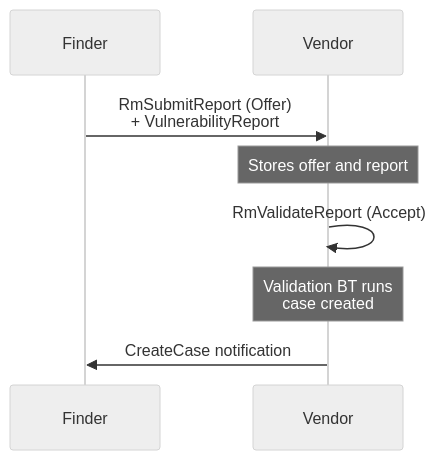
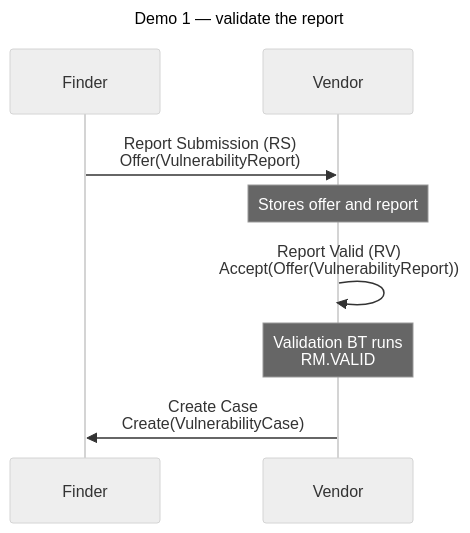
Before and after one commit to CERTCC/Vultron: the first of 3 diagrams in docs/tutorials/receive_report_demo.md, drawn with Mermaid (neutral theme). The commit also changed other lines of this file and 24 other files, not shown here.

````diff
--- a/docs/tutorials/receive_report_demo.md
+++ b/docs/tutorials/receive_report_demo.md
@@ -126,11 +123,14 @@
 ```mermaid
+---
+title: Demo 1 — validate the report
+---
 sequenceDiagram
     participant F as Finder
     participant V as Vendor
 
-    F->>V: RmSubmitReport (Offer)<br/>+ VulnerabilityReport
+    F->>V: Report Submission (RS)<br/>Offer(VulnerabilityReport)
     Note over V: Stores offer and report
-    V->>V: RmValidateReport (Accept)
-    Note over V: Validation BT runs<br/>case created
-    V->>F: CreateCase notification
+    V->>V: Report Valid (RV)<br/>Accept(Offer(VulnerabilityReport))
+    Note over V: Validation BT runs<br/>RM.VALID
+    V->>F: Create Case<br/>Create(VulnerabilityCase)
 ```
````
